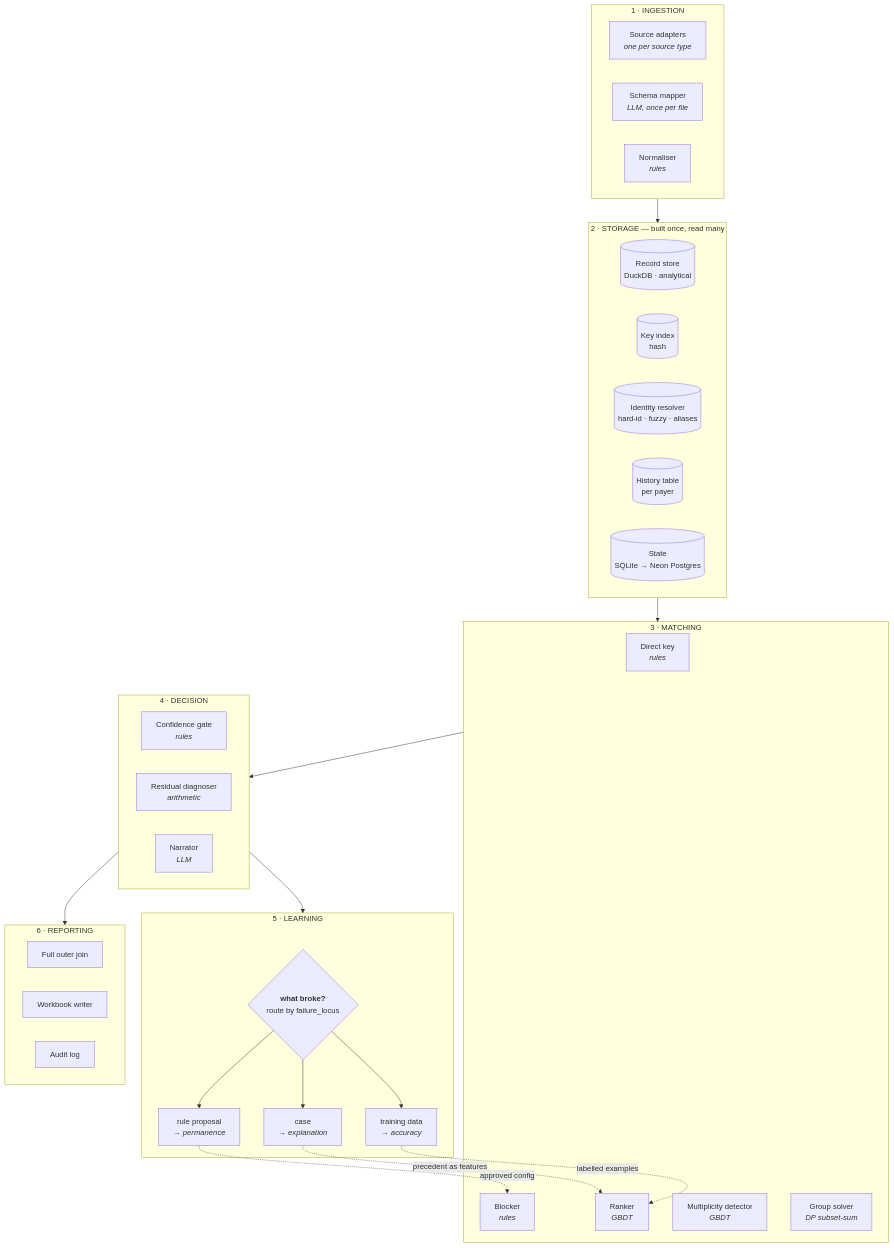
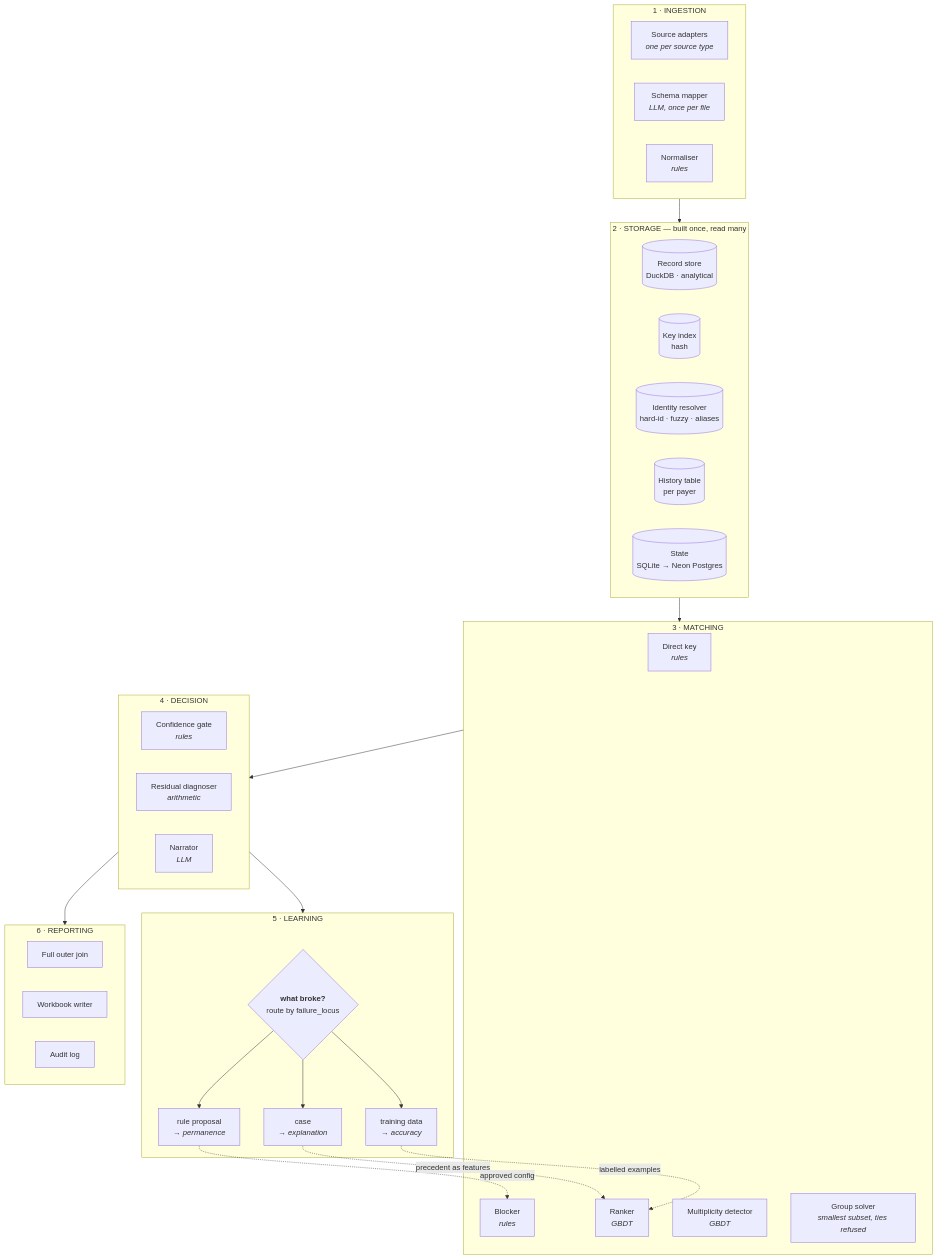
One commit to yug105/allocation-agent changed the second of 6 diagrams in docs/DESIGN.md. Above: the diagram before and after it, drawn with Mermaid. The commit also changed other lines of this file, not shown here.

First line of the commit message:
DESIGN: bring the group solver section in line with what shipped

````diff
--- a/docs/DESIGN.md
+++ b/docs/DESIGN.md
@@ -44,53 +44,53 @@
 ```mermaid
 flowchart TB
     subgraph L1["1 · INGESTION"]
         A1["Source adapters<br/><i>one per source type</i>"]
         A2["Schema mapper<br/><i>LLM, once per file</i>"]
         A3["Normaliser<br/><i>rules</i>"]
     end
 
     subgraph L2["2 · STORAGE — built once, read many"]
         B1[("Record store<br/>DuckDB · analytical")]
         B2[("Key index<br/>hash")]
         B3[("Identity resolver<br/>hard-id · fuzzy · aliases")]
         B4[("History table<br/>per payer")]
         B5[("State<br/>SQLite → Neon Postgres")]
     end
 
     subgraph L3["3 · MATCHING"]
         C1["Direct key<br/><i>rules</i>"]
         C2["Blocker<br/><i>rules</i>"]
         C3["Ranker<br/><i>GBDT</i>"]
         C4["Multiplicity detector<br/><i>GBDT</i>"]
-        C5["Group solver<br/><i>DP subset-sum</i>"]
+        C5["Group solver<br/><i>smallest subset, ties refused</i>"]
     end
 
     subgraph L4["4 · DECISION"]
         D1["Confidence gate<br/><i>rules</i>"]
         D2["Residual diagnoser<br/><i>arithmetic</i>"]
         D3["Narrator<br/><i>LLM</i>"]
     end
 
     subgraph L5["5 · LEARNING"]
         E0{"<b>what broke?</b><br/>route by failure_locus"}
         E1["case<br/><i>→ explanation</i>"]
         E2["training data<br/><i>→ accuracy</i>"]
         E3["rule proposal<br/><i>→ permanence</i>"]
         E0 --> E1; E0 --> E2; E0 --> E3
     end
 
     subgraph L6["6 · REPORTING"]
         F1["Full outer join"]
         F2["Workbook writer"]
         F3["Audit log"]
     end
 
     L1 --> L2
     L2 --> L3
     L3 --> L4
     L4 --> L5
     E1 -.->|"precedent as features"| C3
     E2 -.->|"labelled examples"| C3
     E3 -.->|"approved config"| C2
     L4 --> L6
 ```
````
